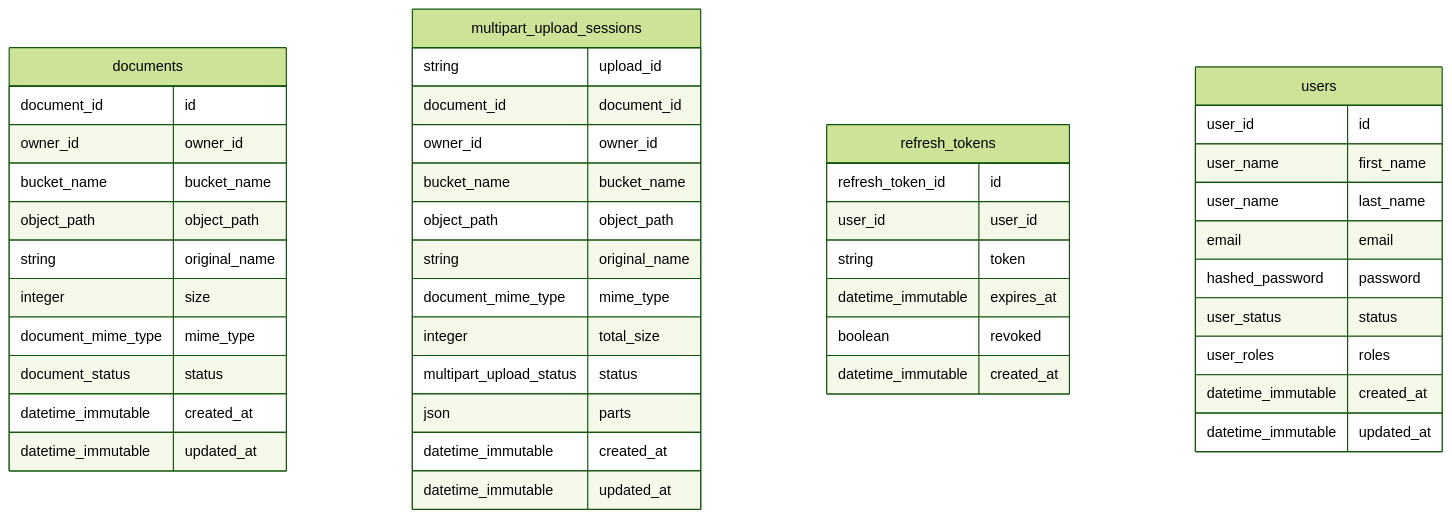
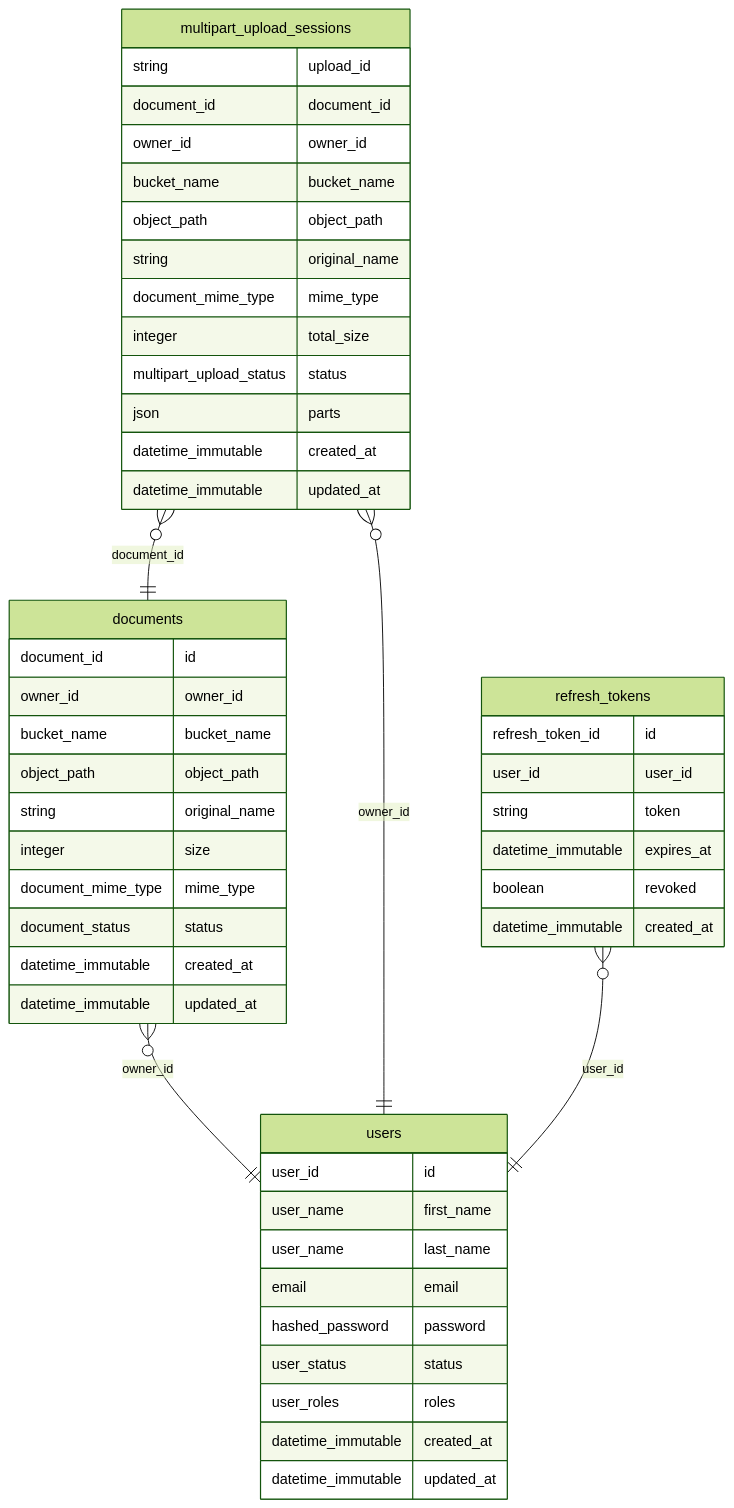
One commit to SorenMesselier-Sentis/template-ddd-symfony-api changed the diagram in docs/er-diagram.md. Above: the diagram before and after it, drawn with Mermaid (forest theme). The commit also changed 6 other files, not shown here.

Commit message:
feat(erDiagram): Add the FK to the diagram

````diff
--- a/docs/er-diagram.md
+++ b/docs/er-diagram.md
@@ -3,48 +3,52 @@
 ```mermaid
 erDiagram
     documents {
         document_id id
         owner_id owner_id
         bucket_name bucket_name
         object_path object_path
         string original_name
         integer size
         document_mime_type mime_type
         document_status status
         datetime_immutable created_at
         datetime_immutable updated_at
     }
     multipart_upload_sessions {
         string upload_id
         document_id document_id
         owner_id owner_id
         bucket_name bucket_name
         object_path object_path
         string original_name
         document_mime_type mime_type
         integer total_size
         multipart_upload_status status
         json parts
         datetime_immutable created_at
         datetime_immutable updated_at
     }
     refresh_tokens {
         refresh_token_id id
         user_id user_id
         string token
         datetime_immutable expires_at
         boolean revoked
         datetime_immutable created_at
     }
     users {
         user_id id
         user_name first_name
         user_name last_name
         email email
         hashed_password password
         user_status status
         user_roles roles
         datetime_immutable created_at
         datetime_immutable updated_at
     }
+    documents }o--|| users : "owner_id"
+    multipart_upload_sessions }o--|| documents : "document_id"
+    multipart_upload_sessions }o--|| users : "owner_id"
+    refresh_tokens }o--|| users : "user_id"
 ```
````
